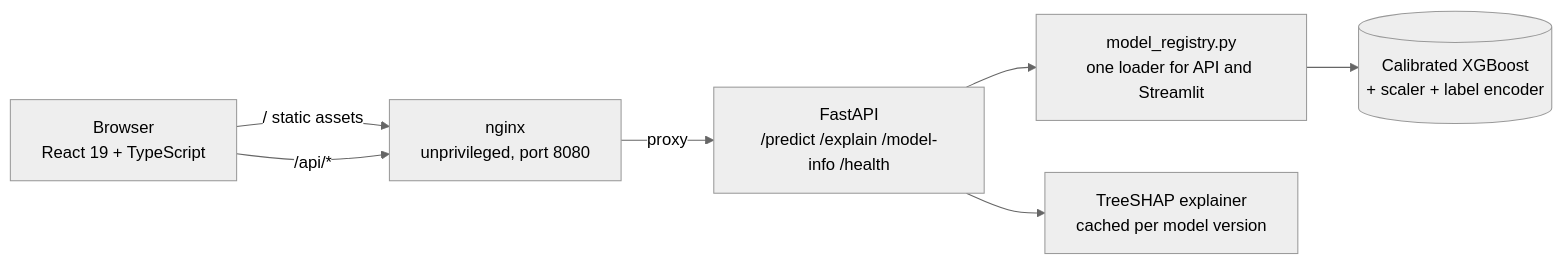
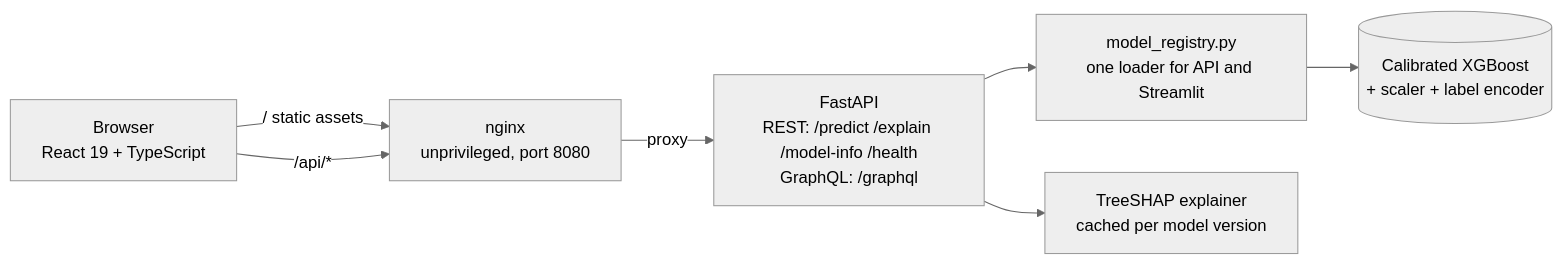
Before and after one commit to prasad0411/thyroid-disease-classification: the diagram in README.md, drawn with Mermaid (neutral theme). The commit also changed other lines of this file and 5 other files, not shown here.

Commit message:
Docs: current tests, GraphQL in the architecture, exact publication, model card matches the deployed XGBoost model; MIT licence

````diff
--- a/README.md
+++ b/README.md
@@ -42,9 +42,9 @@
 ```mermaid
 flowchart LR
     B[Browser<br/>React 19 + TypeScript] -->|/ static assets| N[nginx<br/>unprivileged, port 8080]
     B -->|/api/*| N
-    N -->|proxy| A[FastAPI<br/>/predict /explain /model-info /health]
+    N -->|proxy| A[FastAPI<br/>REST: /predict /explain /model-info /health<br/>GraphQL: /graphql]
     A --> R[model_registry.py<br/>one loader for API and Streamlit]
     R --> M[(Calibrated XGBoost<br/>+ scaler + label encoder)]
     A --> S[TreeSHAP explainer<br/>cached per model version]
 ```
````
